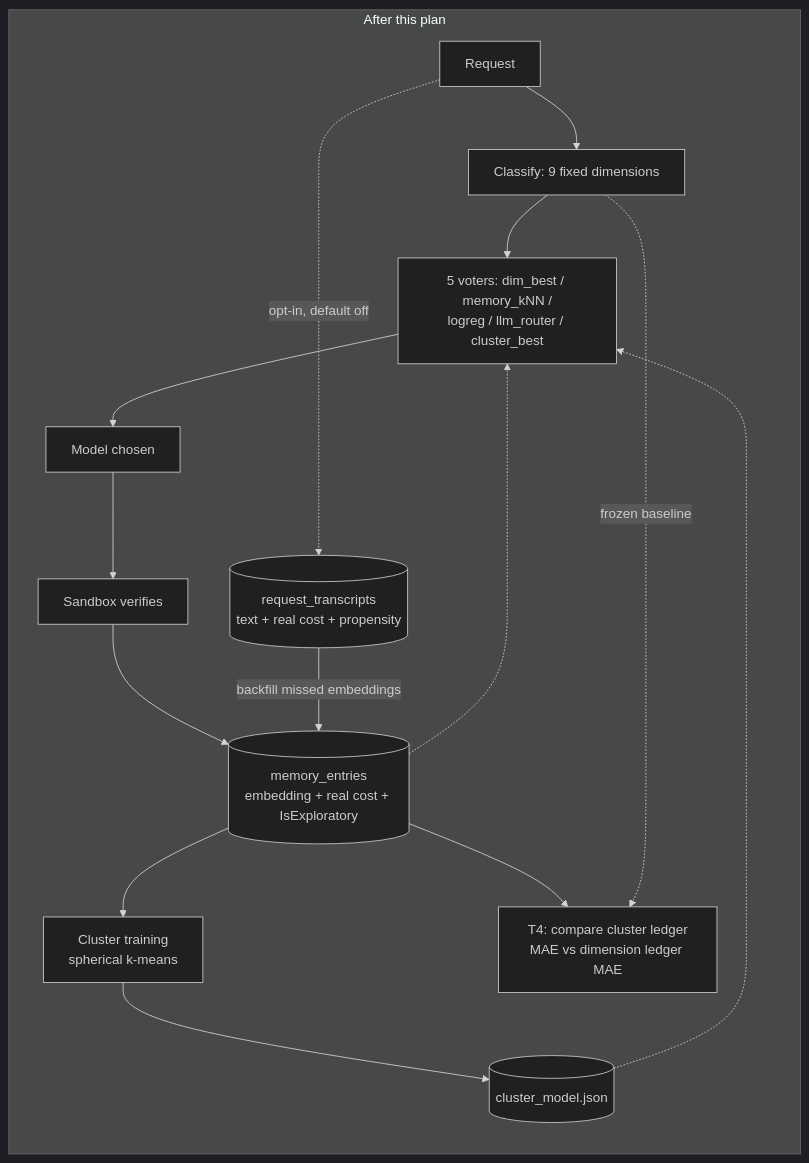
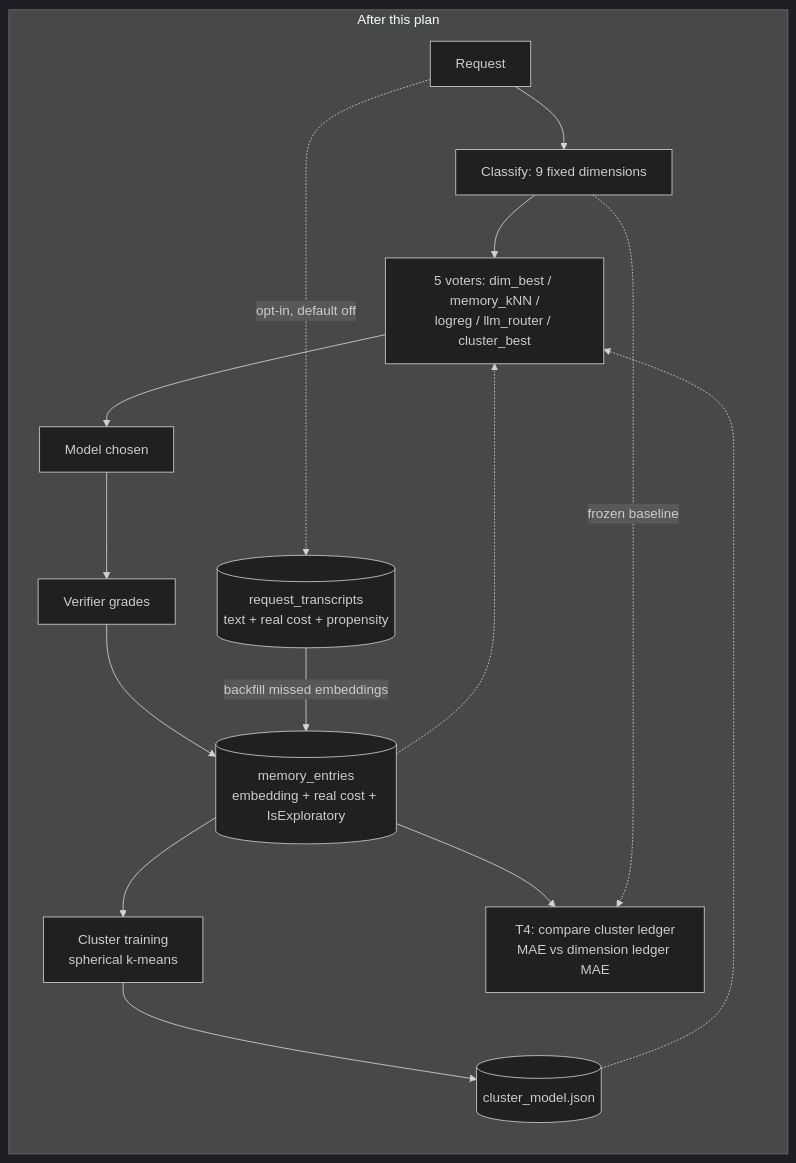
One commit to davidpizon/TotallyHot-ArcRouter changed the second of 2 diagrams in docs/router/self-organizing-classification-plan.md. Above: the diagram before and after it, drawn with Mermaid (dark theme). The commit also changed other lines of this file and 238 other files, not shown here.

````diff
--- a/docs/router/self-organizing-classification-plan.md
+++ b/docs/router/self-organizing-classification-plan.md
@@ -253,18 +253,18 @@
 ```mermaid
 flowchart LR
     subgraph target["After this plan"]
         A2[Request] --> B2[Classify: 9 fixed dimensions]
         A2 -.->|"opt-in, default off"| T1[(request_transcripts<br/>text + real cost + propensity)]
         B2 --> C2["5 voters: dim_best / memory_kNN /<br/>logreg / llm_router / cluster_best"]
         C2 --> D2[Model chosen]
-        D2 --> E2[Sandbox verifies]
+        D2 --> E2[Verifier grades]
         E2 --> F2[(memory_entries<br/>embedding + real cost + IsExploratory)]
         T1 -->|"backfill missed embeddings"| F2
         F2 -.-> C2
         F2 --> G2[Cluster training<br/>spherical k-means]
         G2 --> H2[(cluster_model.json)]
         H2 -.-> C2
         F2 --> I2[T4: compare cluster ledger<br/>MAE vs dimension ledger MAE]
         B2 -.->|"frozen baseline"| I2
     end
 ```
````
